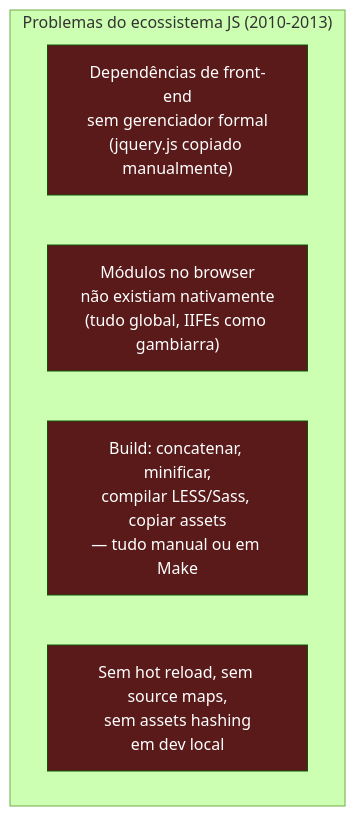
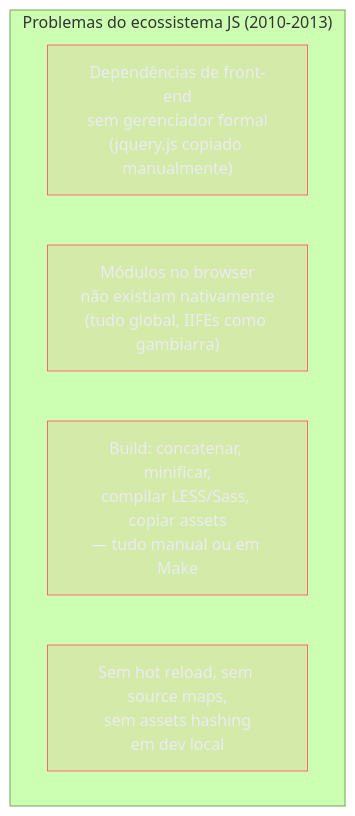
One commit to josenaldo/codex-technomanticus changed the first of 9 diagrams in 03-Dominios/Tecnologia/Tooling e Build/10 - Ferramentas legadas - Grunt, Gulp, Bower, Browserify e RequireJS.md. Above: the diagram before and after it, drawn with Mermaid (forest theme). The commit also changed 1181 other files, not shown here.

First line of the commit message:
fix(diagramas): paleta do sistema no lugar de cor cravada no markdown

````diff
--- a/03-Dominios/Tecnologia/Tooling e Build/10 - Ferramentas legadas - Grunt, Gulp, Bower, Browserify e RequireJS.md
+++ b/03-Dominios/Tecnologia/Tooling e Build/10 - Ferramentas legadas - Grunt, Gulp, Bower, Browserify e RequireJS.md
@@ -45,14 +45,15 @@
 ```mermaid
 graph TD
+    classDef falha fill:#FF6B6B24,stroke:#FF6B6B,color:#E9ECF2
     subgraph "Problemas do ecossistema JS (2010-2013)"
         P1["Dependências de front-end\nsem gerenciador formal\n(jquery.js copiado manualmente)"]
         P2["Módulos no browser\nnão existiam nativamente\n(tudo global, IIFEs como gambiarra)"]
         P3["Build: concatenar, minificar,\ncompilar LESS/Sass, copiar assets\n— tudo manual ou em Make"]
         P4["Sem hot reload, sem source maps,\nsem assets hashing\nem dev local"]
     end
 
-    style P1 fill:#5a1a1a,color:#fff
-    style P2 fill:#5a1a1a,color:#fff
-    style P3 fill:#5a1a1a,color:#fff
-    style P4 fill:#5a1a1a,color:#fff
+    class P1 falha
+    class P2 falha
+    class P3 falha
+    class P4 falha
 ```
````
